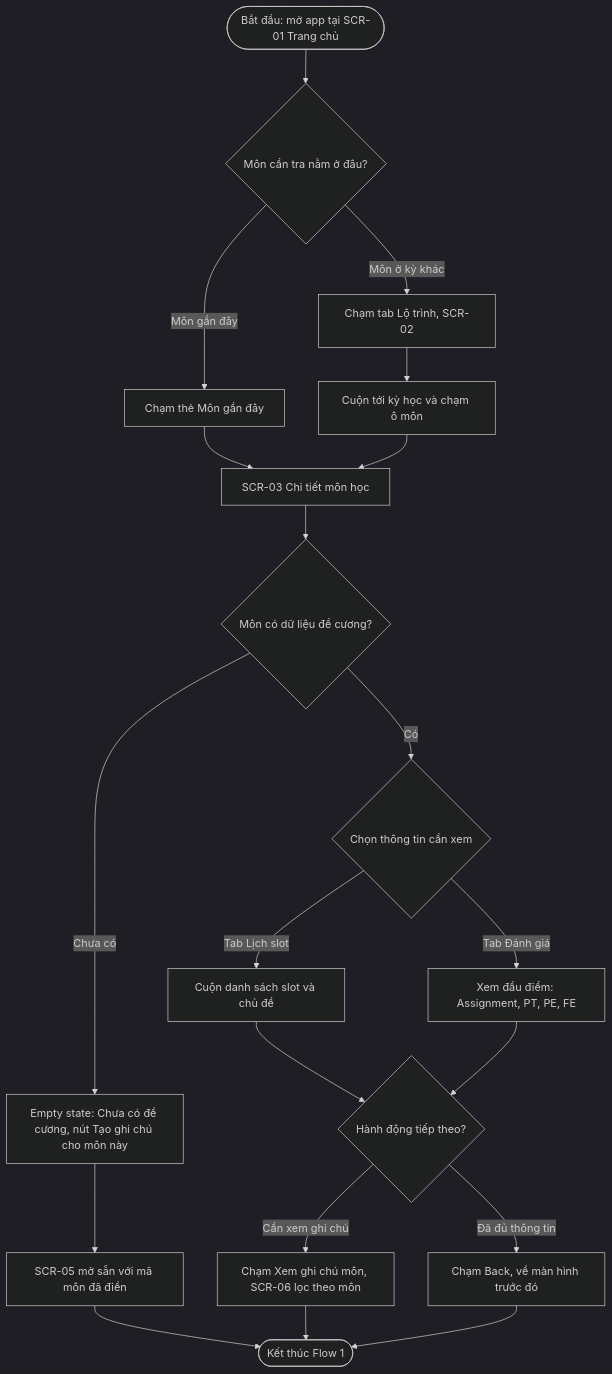
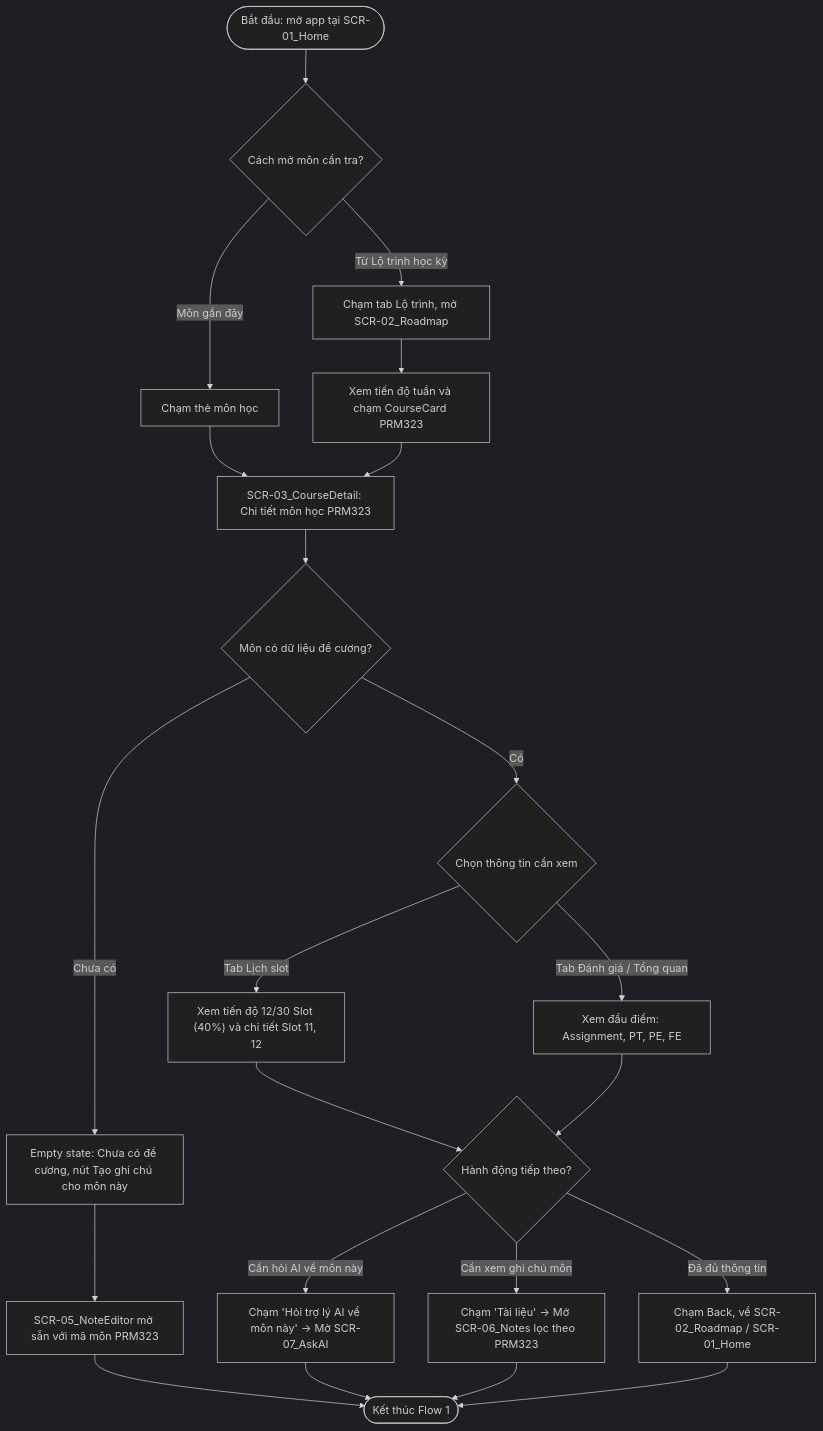
Before and after one commit to quanglong68/prm323-lab2-gr6: the first of 4 diagrams in user-flow.md, drawn with Mermaid (dark theme). The commit also changed other lines of this file, not shown here.

````diff
--- a/user-flow.md
+++ b/user-flow.md
@@ -92,22 +93,24 @@
 ```mermaid
 flowchart TD
-    Start(["Bắt đầu: mở app tại SCR-01 Trang chủ"]) --> Source{"Môn cần tra nằm ở đâu?"}
-    Source -->|Môn gần đây| TapRecent["Chạm thẻ Môn gần đây"]
-    Source -->|Môn ở kỳ khác| TabRoute["Chạm tab Lộ trình, SCR-02"]
-    TabRoute --> PickSubject["Cuộn tới kỳ học và chạm ô môn"]
-    TapRecent --> Details["SCR-03 Chi tiết môn học"]
+    Start(["Bắt đầu: mở app tại SCR-01_Home"]) --> Source{"Cách mở môn cần tra?"}
+    Source -->|Môn gần đây| TapRecent["Chạm thẻ môn học"]
+    Source -->|Từ Lộ trình học kỳ| TabRoute["Chạm tab Lộ trình, mở SCR-02_Roadmap"]
+    TabRoute --> PickSubject["Xem tiến độ tuần và chạm CourseCard PRM323"]
+    TapRecent --> Details["SCR-03_CourseDetail: Chi tiết môn học PRM323"]
     PickSubject --> Details
     Details --> HasData{"Môn có dữ liệu đề cương?"}
     HasData -->|Chưa có| EmptyState["Empty state: Chưa có đề cương, nút Tạo ghi chú cho môn này"]
-    EmptyState --> NewNote["SCR-05 mở sẵn với mã môn đã điền"]
+    EmptyState --> NewNote["SCR-05_NoteEditor mở sẵn với mã môn PRM323"]
     NewNote --> End1
     HasData -->|Có| Tabs{"Chọn thông tin cần xem"}
-    Tabs -->|Tab Lịch slot| Slots["Cuộn danh sách slot và chủ đề"]
-    Tabs -->|Tab Đánh giá| Assess["Xem đầu điểm: Assignment, PT, PE, FE"]
+    Tabs -->|Tab Lịch slot| Slots["Xem tiến độ 12/30 Slot (40%) và chi tiết Slot 11, 12"]
+    Tabs -->|Tab Đánh giá / Tổng quan| Assess["Xem đầu điểm: Assignment, PT, PE, FE"]
     Slots --> Next{"Hành động tiếp theo?"}
     Assess --> Next
-    Next -->|Cần xem ghi chú| Notes["Chạm Xem ghi chú môn, SCR-06 lọc theo môn"]
-    Next -->|Đã đủ thông tin| Back["Chạm Back, về màn hình trước đó"]
-    Notes --> End1(["Kết thúc Flow 1"])
+    Next -->|Cần hỏi AI về môn này| AskAI["Chạm 'Hỏi trợ lý AI về môn này' → Mở SCR-07_AskAI"]
+    Next -->|Cần xem ghi chú môn| Notes["Chạm 'Tài liệu' → Mở SCR-06_Notes lọc theo PRM323"]
+    Next -->|Đã đủ thông tin| Back["Chạm Back, về SCR-02_Roadmap / SCR-01_Home"]
+    AskAI --> End1(["Kết thúc Flow 1"])
+    Notes --> End1
     Back --> End1
 ```
````
